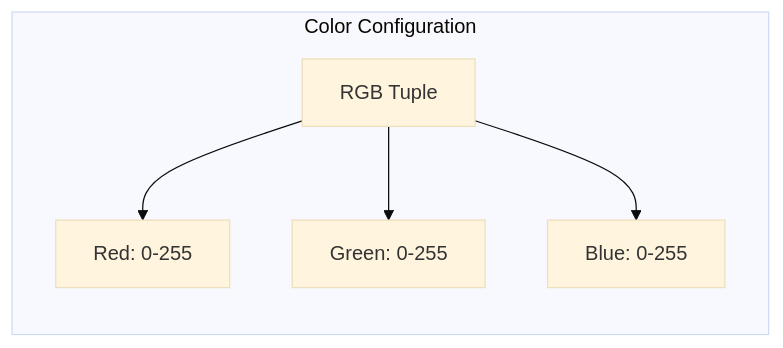
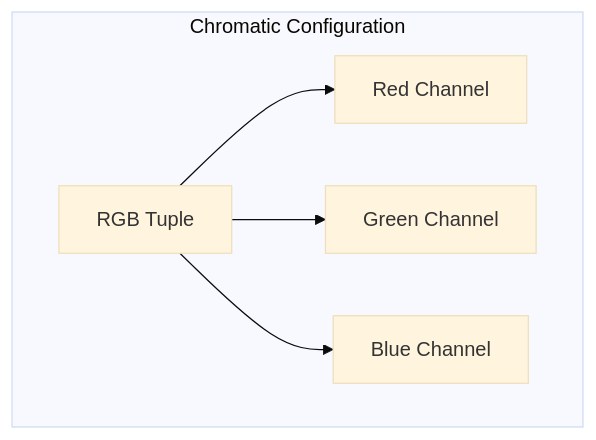
Before and after one commit to Amey-Thakur/PYTHON-SHORTS: the second of 2 diagrams in Source Code/Text to Handwriting/README.md, drawn with Mermaid (base theme). The commit also changed other lines of this file and 1 other file, not shown here.

````diff
--- a/Source Code/Text to Handwriting/README.md
+++ b/Source Code/Text to Handwriting/README.md
@@ -75,8 +74,9 @@
 ```mermaid
 graph LR
-    subgraph Color Configuration
-        RGB[RGB Tuple] --> R[Red: 0-255]
-        RGB --> G[Green: 0-255]
-        RGB --> B[Blue: 0-255]
+    subgraph ColorSpace ["Chromatic Configuration"]
+        direction LR
+        P["RGB Tuple"] --> R["Red Channel"]
+        P --> G["Green Channel"]
+        P --> B["Blue Channel"]
     end
 ```
````
